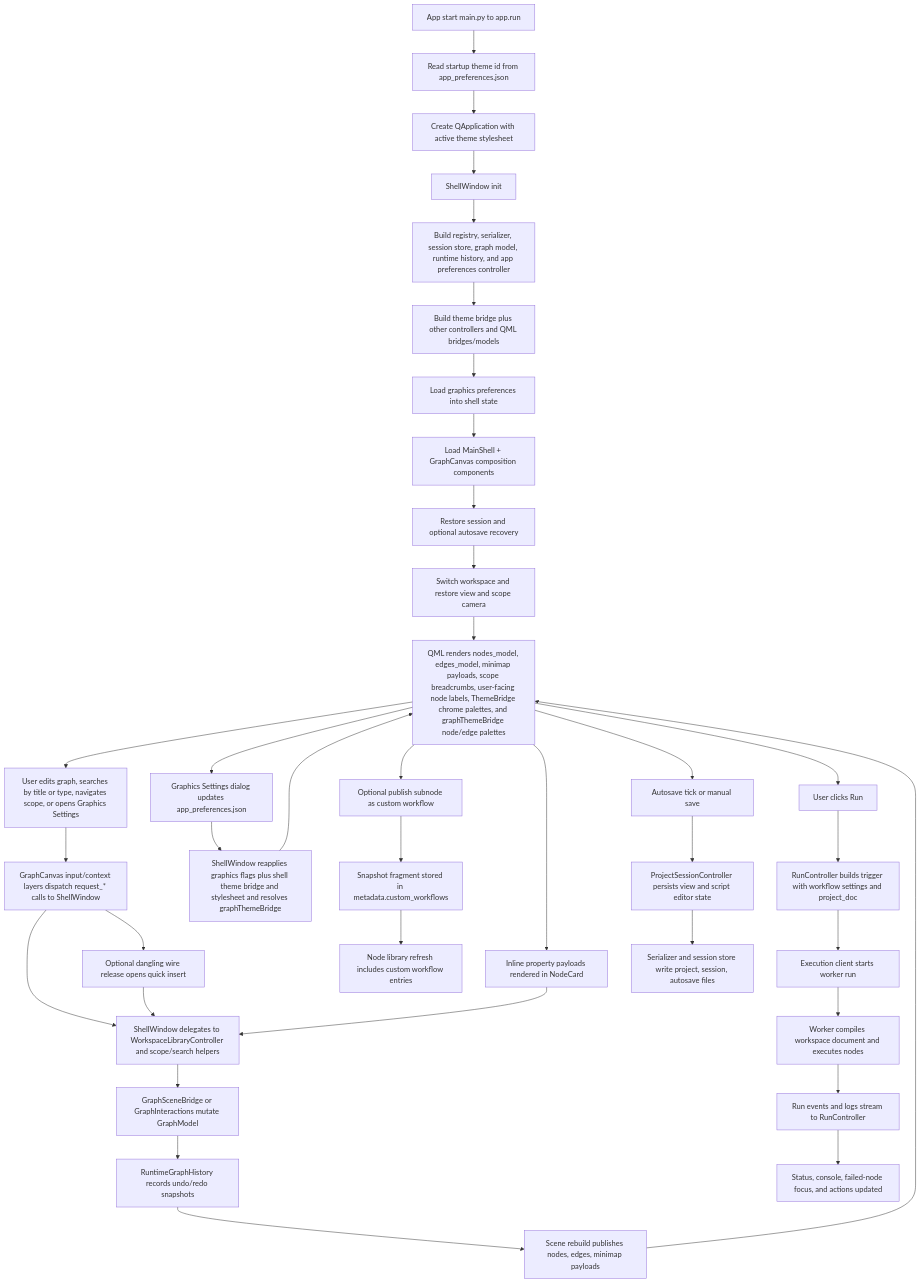
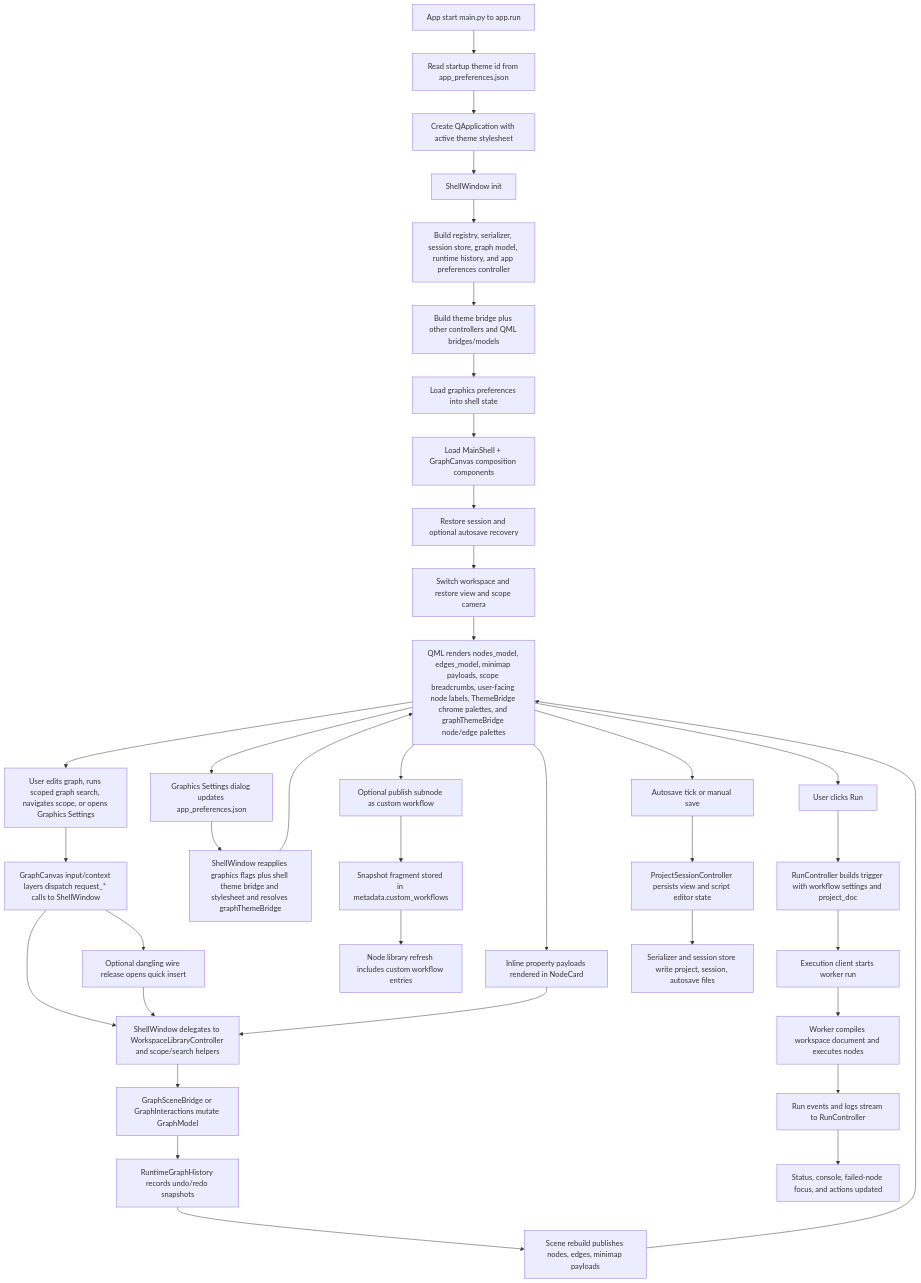
The diagram in docs/architecture_diagrams/runtime_pipeline.mmd (emreatay993/EA_Node), drawn with Mermaid before and after one commit. The commit also changed 17 other files, not shown here.

Commit message:
Add scoped graph search filters

```diff
--- a/docs/architecture_diagrams/runtime_pipeline.mmd
+++ b/docs/architecture_diagrams/runtime_pipeline.mmd
@@ -1,43 +1,43 @@
 flowchart TD
     A[App start main.py to app.run] --> B[Read startup theme id from app_preferences.json]
     B --> C[Create QApplication with active theme stylesheet]
     C --> D[ShellWindow init]
     D --> E[Build registry, serializer, session store, graph model, runtime history, and app preferences controller]
     E --> F[Build theme bridge plus other controllers and QML bridges/models]
     F --> G[Load graphics preferences into shell state]
     G --> H[Load MainShell + GraphCanvas composition components]
     H --> I[Restore session and optional autosave recovery]
     I --> J[Switch workspace and restore view and scope camera]
     J --> K[QML renders nodes_model, edges_model, minimap payloads, scope breadcrumbs, user-facing node labels, ThemeBridge chrome palettes, and graphThemeBridge node/edge palettes]
 
-    K --> L[User edits graph, searches by title or type, navigates scope, or opens Graphics Settings]
+    K --> L[User edits graph, runs scoped graph search, navigates scope, or opens Graphics Settings]
     L --> M[GraphCanvas input/context layers dispatch request_* calls to ShellWindow]
     M --> N[ShellWindow delegates to WorkspaceLibraryController and scope/search helpers]
     M --> NQ[Optional dangling wire release opens quick insert]
     NQ --> N
     N --> O[GraphSceneBridge or GraphInteractions mutate GraphModel]
     O --> P[RuntimeGraphHistory records undo/redo snapshots]
     P --> Q[Scene rebuild publishes nodes, edges, minimap payloads]
     Q --> K
 
     K --> KP[Graphics Settings dialog updates app_preferences.json]
     KP --> KR[ShellWindow reapplies graphics flags plus shell theme bridge and stylesheet and resolves graphThemeBridge]
     KR --> K
 
     K --> R[Inline property payloads rendered in NodeCard]
     R --> N
 
     K --> S[Optional publish subnode as custom workflow]
     S --> T[Snapshot fragment stored in metadata.custom_workflows]
     T --> U[Node library refresh includes custom workflow entries]
 
     K --> V[User clicks Run]
     V --> W[RunController builds trigger with workflow settings and project_doc]
     W --> X[Execution client starts worker run]
     X --> Y[Worker compiles workspace document and executes nodes]
     Y --> Z[Run events and logs stream to RunController]
     Z --> ZA[Status, console, failed-node focus, and actions updated]
 
     K --> ZB[Autosave tick or manual save]
     ZB --> ZC[ProjectSessionController persists view and script editor state]
     ZC --> ZD[Serializer and session store write project, session, autosave files]
```
